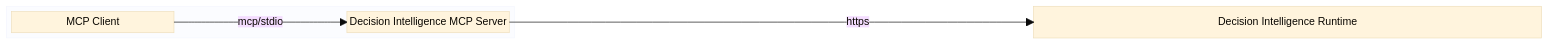
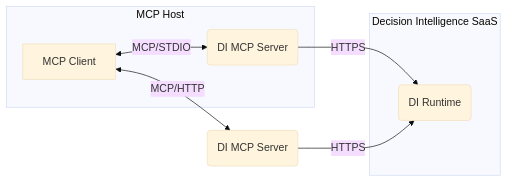
The diagram in README.md (DecisionsDev/decision-intelligence-mcp-server), drawn with Mermaid (base theme) before and after one commit. The commit also changed other lines of this file, not shown here.

Commit message:
improved diag

````diff
--- a/README.md
+++ b/README.md
@@ -9,14 +13,16 @@
 ```mermaid
-block-beta
-    
-    block:MCP_HOST
-        client space:1 server
+flowchart LR
+    subgraph MCP Host 
+        client["MCP Client"] <-- MCP/STDIO --> server("DI MCP Server")
     end
 
-    client["MCP Client"] --"mcp/stdio"--> server["Decision Intelligence MCP Server"]
+    server -- HTTPS --> runtime("DI Runtime")
 
-    server space:1 runtime
-    server --"https"--> runtime["Decision Intelligence Runtime"]   
+    subgraph Decision Intelligence SaaS
+        runtime
+    end
 
-    runtime
+
+    client <-- MCP/HTTP --> server2("DI MCP Server") -- HTTPS --> runtime
+
 ```
````
